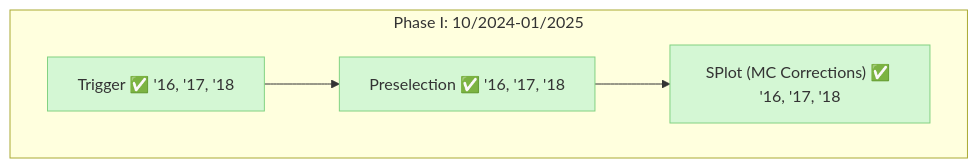
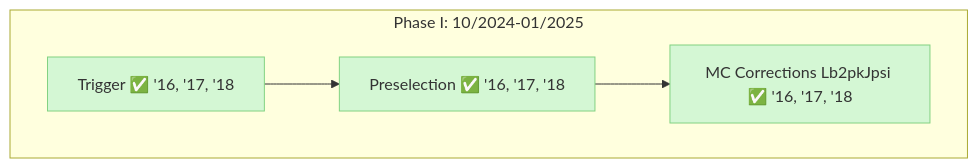
Before and after one commit to uzzielperez/CERN_lessons_on_data_analysis: the first of 2 diagrams in lectures/source/CALSnapshot.md, drawn with Mermaid. The commit also changed other lines of this file and 6 other files, not shown here.

````diff
--- a/lectures/source/CALSnapshot.md
+++ b/lectures/source/CALSnapshot.md
@@ -123,11 +131,11 @@
 ```mermaid
 flowchart TD
     subgraph "Phase I: 10/2024-01/2025"
     A["Trigger ✅ '16, '17, '18"] --> B["Preselection ✅ '16, '17, '18"]
-    B --> C["SPlot (MC Corrections) ✅ '16, '17, '18"]
+    B --> C["MC Corrections Lb2pkJpsi ✅ '16, '17, '18"]
     end
     
     style A fill:#d4f7d4,stroke:#82d282
     style B fill:#d4f7d4,stroke:#82d282
     style C fill:#d4f7d4,stroke:#82d282
 ```
````
